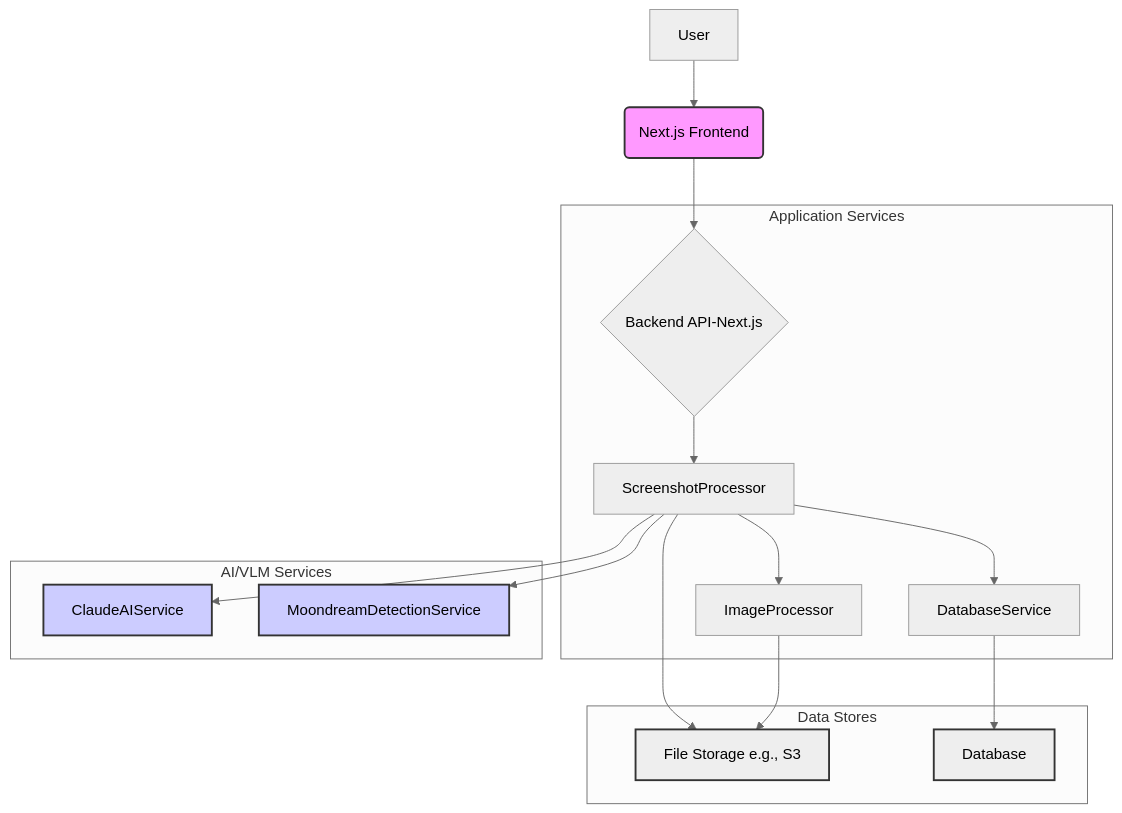
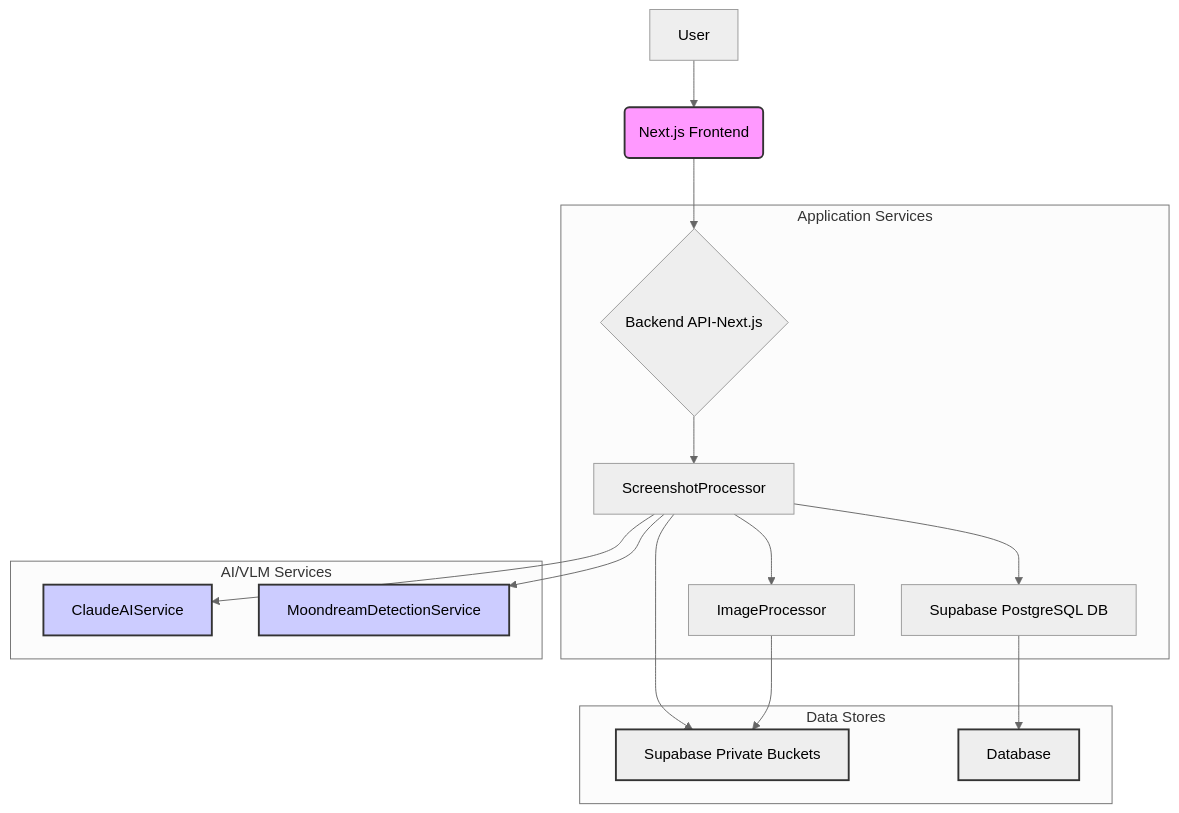
One commit to jesshew/mobbin changed the diagram in docs/diagrams/system_architecture.md. Above: the diagram before and after it, drawn with Mermaid (neutral theme).

````diff
--- a/docs/diagrams/system_architecture.md
+++ b/docs/diagrams/system_architecture.md
@@ -1,36 +1,36 @@
 ```mermaid
 graph TD
     A[User] --> B(Next.js Frontend);
     B --> C{Backend API-Next.js};
     C --> D[ScreenshotProcessor];
     D --> E[ImageProcessor];
     D --> F[ClaudeAIService];
     D --> G[MoondreamDetectionService];
-    D --> H[DatabaseService];
-    D --> I[File Storage e.g., S3];
+    D --> H[Supabase PostgreSQL DB];
+    D --> I[Supabase Private Buckets];
     E --> I;
     H --> J[Database];
 
     subgraph "Application Services"
         C
         D
         E
         H
     end
 
     subgraph "AI/VLM Services"
         F
         G
     end
 
     subgraph "Data Stores"
         I
         J
     end
 
     style B fill:#f9f,stroke:#333,stroke-width:2px;
     style F fill:#ccf,stroke:#333,stroke-width:2px;
     style G fill:#ccf,stroke:#333,stroke-width:2px;
     style J fill:#lightgrey,stroke:#333,stroke-width:2px;
     style I fill:#lightgrey,stroke:#333,stroke-width:2px;
 ``` 
````
